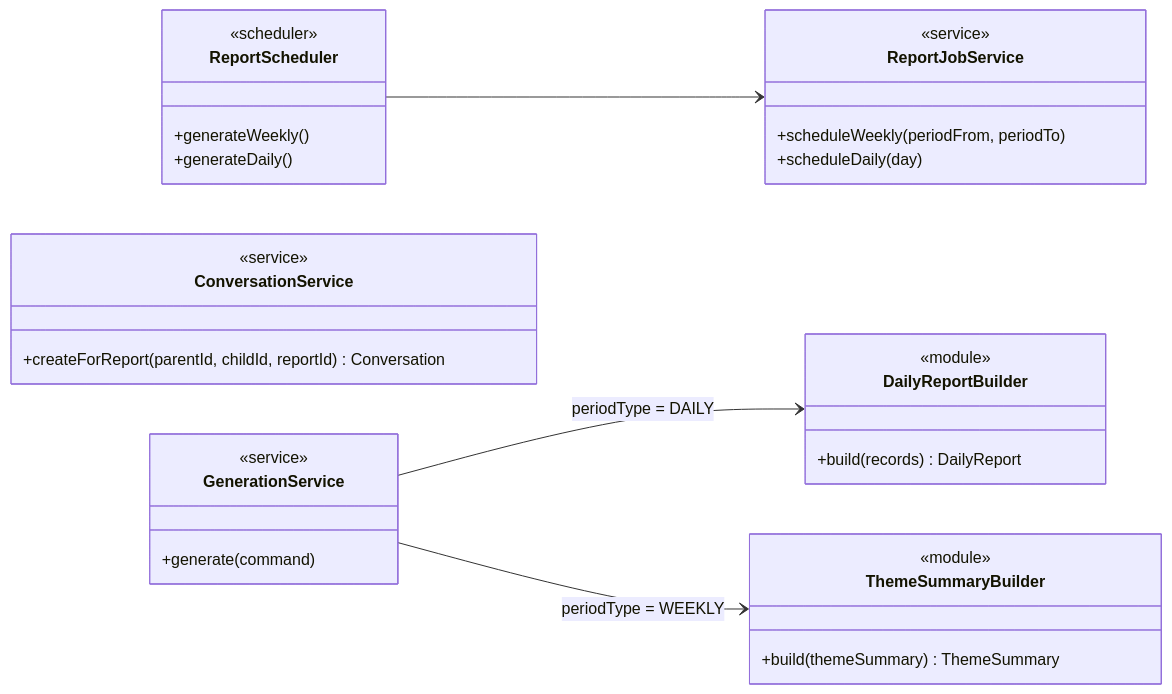
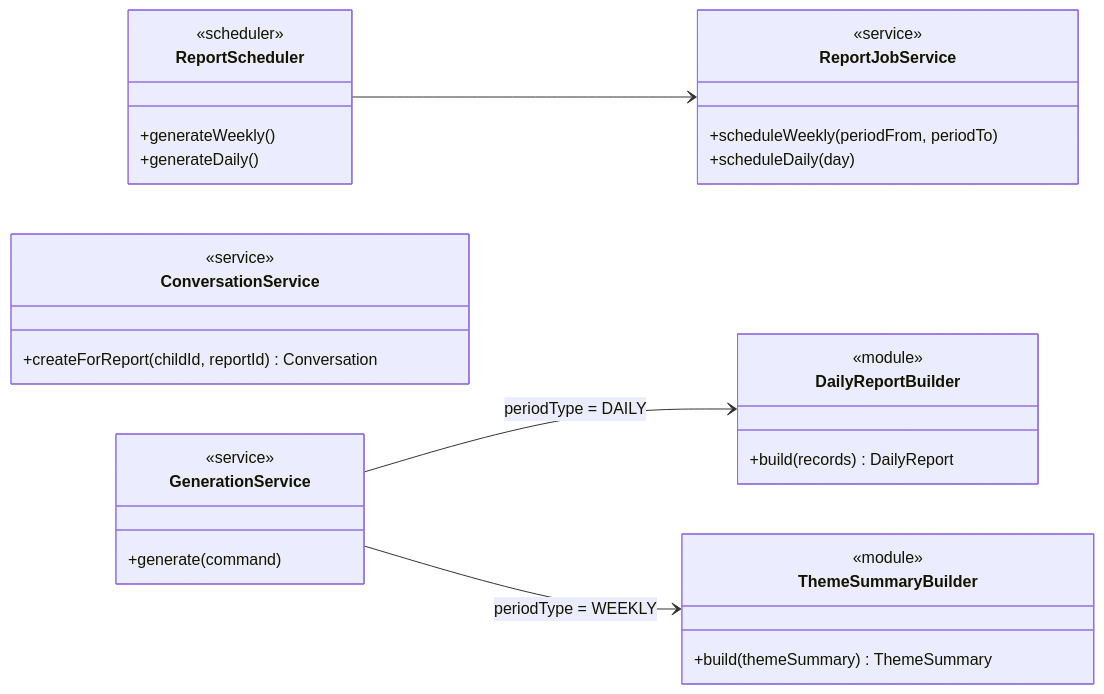
One commit to SKNETWORKS-FAMILY-AICAMP/SKN34-FINAL-3TEAM changed diagram 20 of 20 in docs/design/class-diagram.md. Above: the diagram before and after it, drawn with Mermaid. The commit also changed other lines of this file and 27 other files, not shown here.

````diff
--- a/docs/design/class-diagram.md
+++ b/docs/design/class-diagram.md
@@ -2318,34 +2318,34 @@
 ```mermaid
 classDiagram
   direction LR
   class ReportScheduler {
     <<scheduler>>
     +generateWeekly()
     +generateDaily()
   }
   class ReportJobService {
     <<service>>
     +scheduleWeekly(periodFrom, periodTo)
     +scheduleDaily(day)
   }
   class ConversationService {
     <<service>>
-    +createForReport(parentId, childId, reportId) Conversation
+    +createForReport(childId, reportId) Conversation
   }
   class GenerationService {
     <<service>>
     +generate(command)
   }
   class DailyReportBuilder {
     <<module>>
     +build(records) DailyReport
   }
   class ThemeSummaryBuilder {
     <<module>>
     +build(themeSummary) ThemeSummary
   }
 
   ReportScheduler --> ReportJobService
   GenerationService --> DailyReportBuilder : periodType = DAILY
   GenerationService --> ThemeSummaryBuilder : periodType = WEEKLY
 ```
````
